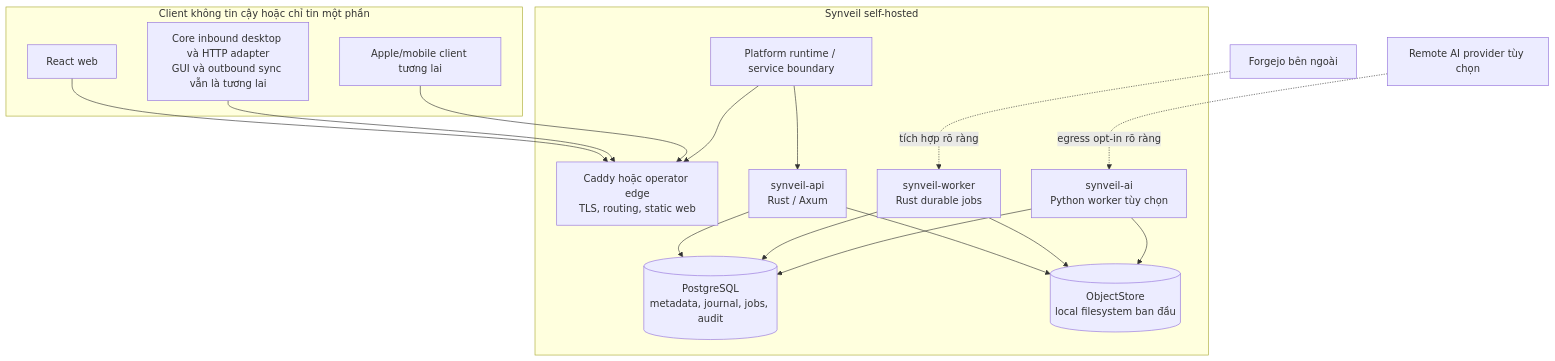
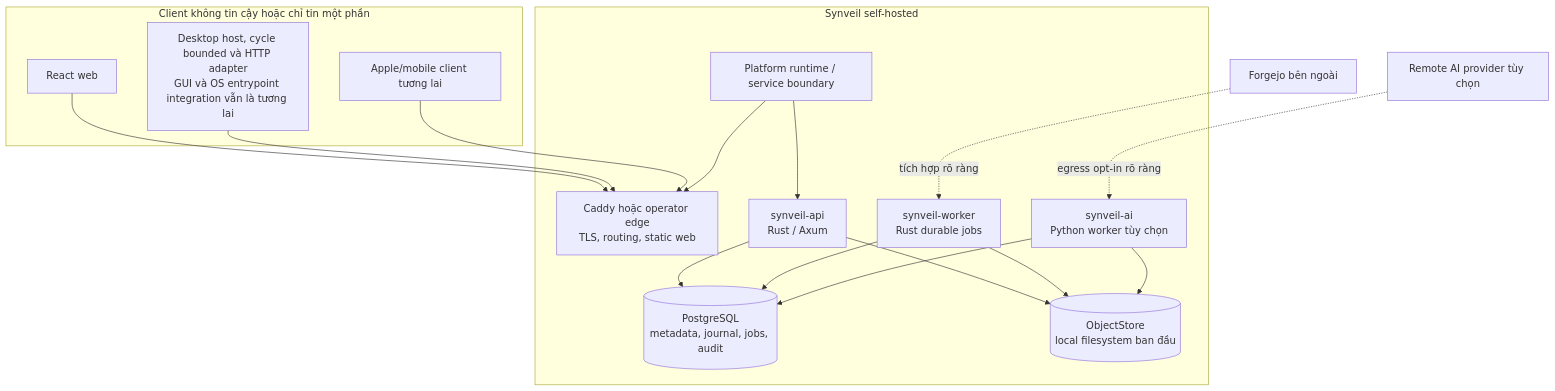
Before and after one commit to nghianguyen150612/Synveil: the first of 3 diagrams in docs/vi/ARCHITECTURE.md, drawn with Mermaid. The commit also changed other lines of this file and 94 other files, not shown here.

Commit message:
feat: complete production desktop sync runtime and native shell

````diff
--- a/docs/vi/ARCHITECTURE.md
+++ b/docs/vi/ARCHITECTURE.md
@@ -19,34 +19,34 @@
 ```mermaid
 flowchart TB
     subgraph Untrusted["Client không tin cậy hoặc chỉ tin một phần"]
         Web["React web"]
-        Desktop["Core inbound desktop và HTTP adapter\nGUI và outbound sync vẫn là tương lai"]
+        Desktop["Desktop host, cycle bounded và HTTP adapter\nGUI và OS entrypoint integration vẫn là tương lai"]
         Mobile["Apple/mobile client tương lai"]
     end
 
     Web --> Edge
     Desktop --> Edge
     Mobile --> Edge
 
     subgraph Host["Synveil self-hosted"]
         Runtime["Platform runtime / service boundary"]
         Edge["Caddy hoặc operator edge\nTLS, routing, static web"]
         API["synveil-api\nRust / Axum"]
         Worker["synveil-worker\nRust durable jobs"]
         DB[("PostgreSQL\nmetadata, journal, jobs, audit")]
         Store[("ObjectStore\nlocal filesystem ban đầu")]
         AI["synveil-ai\nPython worker tùy chọn"]
 
         Runtime --> Edge
         Runtime --> API
         API --> DB
         API --> Store
         Worker --> DB
         Worker --> Store
         AI --> DB
         AI --> Store
     end
 
     Forgejo["Forgejo bên ngoài"] -. "tích hợp rõ ràng" .-> Worker
     RemoteAI["Remote AI provider tùy chọn"] -. "egress opt-in rõ ràng" .-> AI
 ```
````
